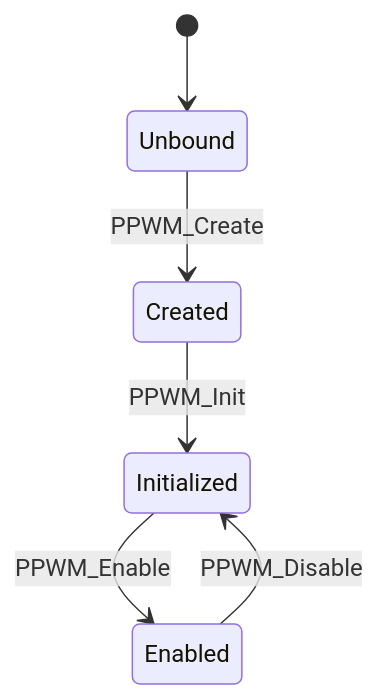
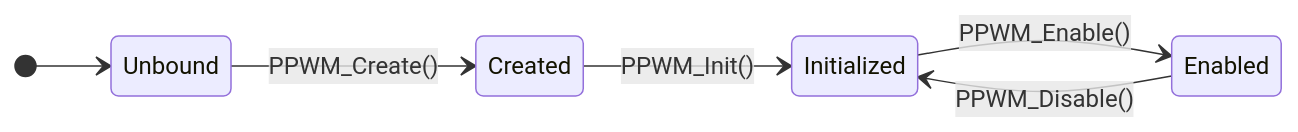
Before and after one commit to JP-REY/STM32F103C8T6-Based-Electronic-Lock: the second of 3 diagrams in Platforms/README.md, drawn with Mermaid. The commit also changed other lines of this file and 22 other files, not shown here.

First line of the commit message:
docs: update project architecture and module documentation

````diff
--- a/Platforms/README.md
+++ b/Platforms/README.md
@@ -442,8 +356,10 @@
 ```mermaid
 stateDiagram-v2
+    direction LR
+
     [*] --> Unbound
-    Unbound --> Created: PPWM_Create
-    Created --> Initialized: PPWM_Init
-    Initialized --> Enabled: PPWM_Enable
-    Enabled --> Initialized: PPWM_Disable
+    Unbound --> Created: PPWM_Create()
+    Created --> Initialized: PPWM_Init()
+    Initialized --> Enabled: PPWM_Enable()
+    Enabled --> Initialized: PPWM_Disable()
 ```
````
